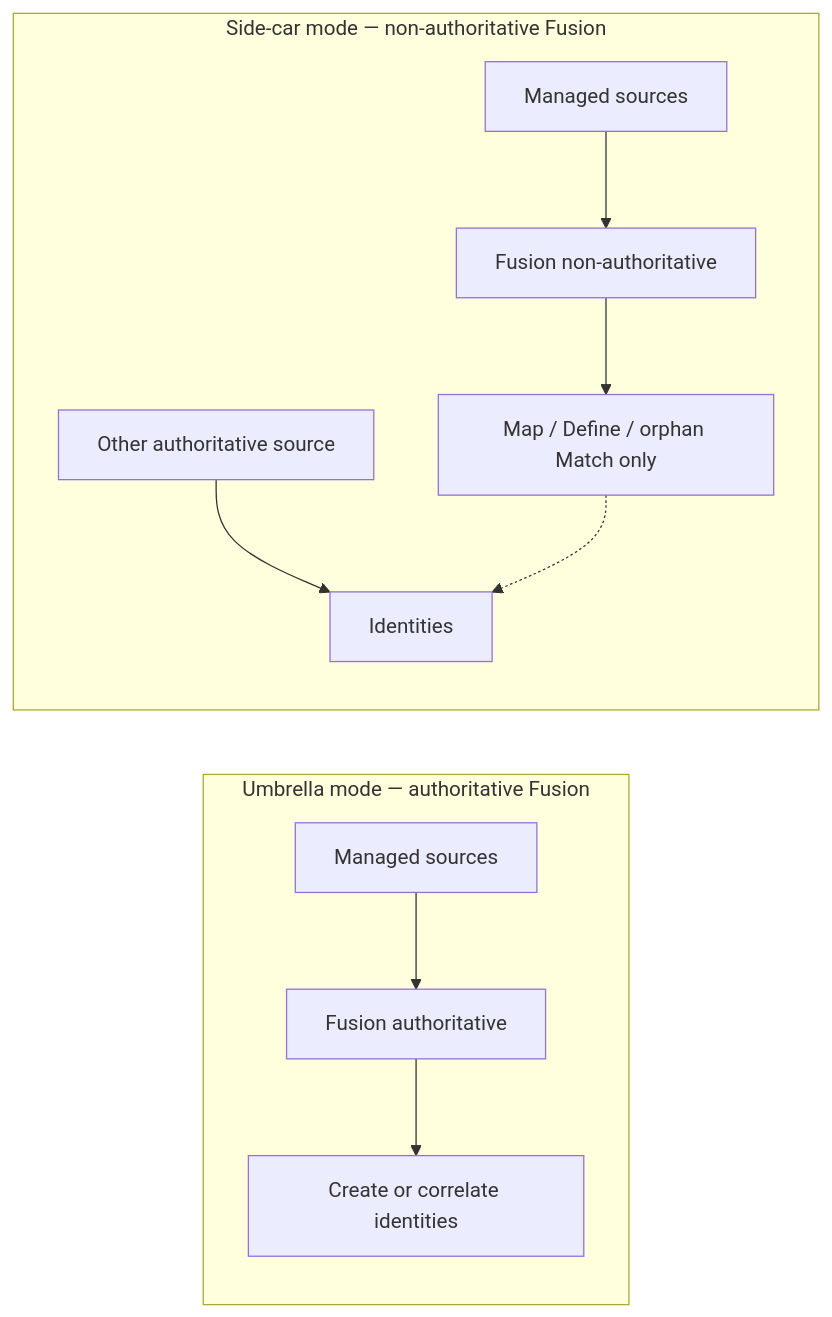
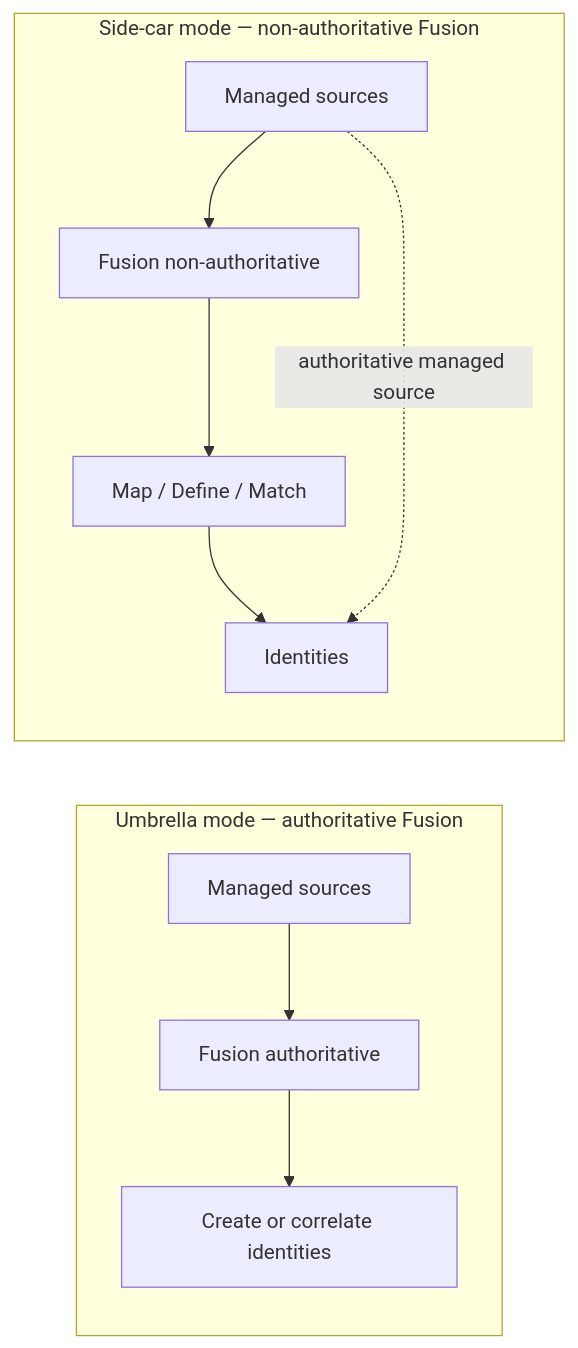
The first of 3 diagrams in docs/use-guides/configuration/configuring-sources-and-scope.md (fernando-delosrios-sp/colab-saas-conn-sailpoint-identity-fusion), drawn with Mermaid before and after one commit. The commit also changed other lines of this file and 2 other files, not shown here.

Commit message:
docs: fix edit-on-GitHub link and update Map/Define/Match home content
Move edit_uri to mkdocs root and point it at 2.2.0/preview so edit links resolve.
Refresh the home framework workflow and side-car guidance per current behavior.

````diff
--- a/docs/use-guides/configuration/configuring-sources-and-scope.md
+++ b/docs/use-guides/configuration/configuring-sources-and-scope.md
@@ -21,13 +21,13 @@
 ```mermaid
 flowchart LR
     subgraph umbrella [Umbrella mode — authoritative Fusion]
         MS1[Managed sources] --> FU[Fusion authoritative]
         FU --> ID1[Create or correlate identities]
     end
     subgraph sidecar [Side-car mode — non-authoritative Fusion]
-        AUTH[Other authoritative source] --> ID2[Identities]
         MS2[Managed sources] --> FUS[Fusion non-authoritative]
-        FUS --> ENR[Map / Define / orphan Match only]
-        ENR -.-> ID2
+        FUS --> ENR[Map / Define / Match]
+        ENR --> ID2[Identities]
+        MS2 -.->|authoritative managed source| ID2
     end
 ```
````
